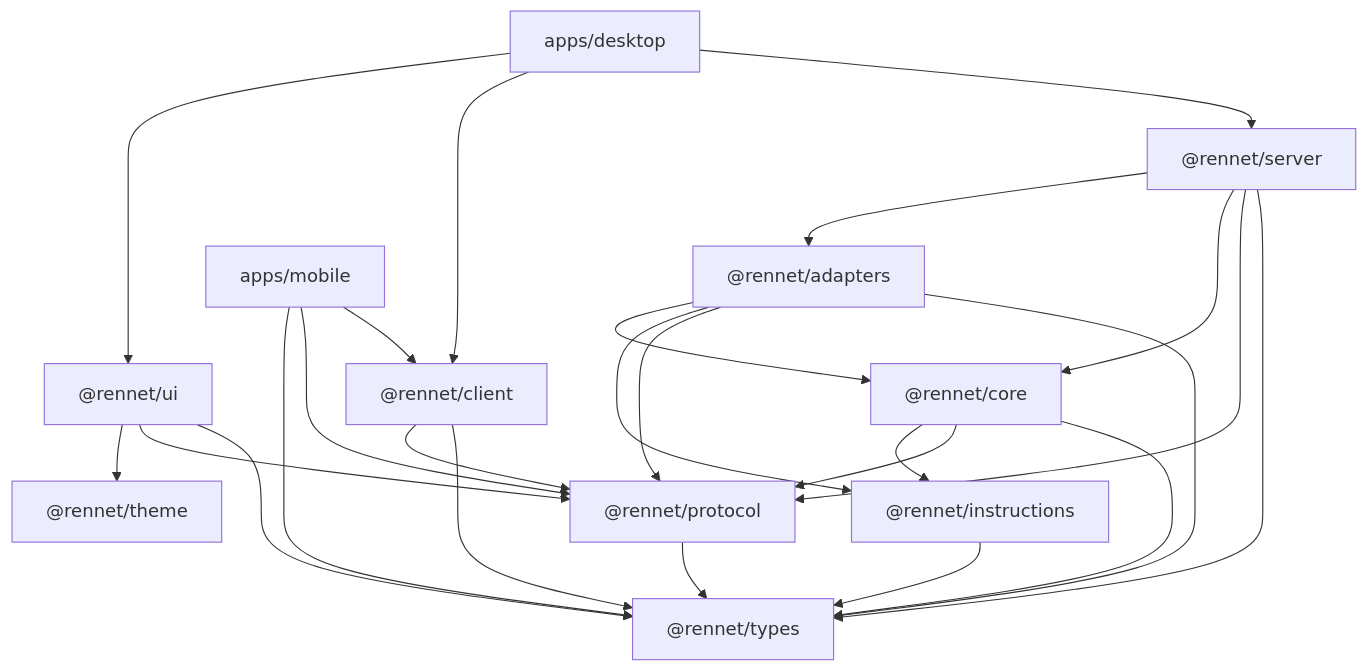
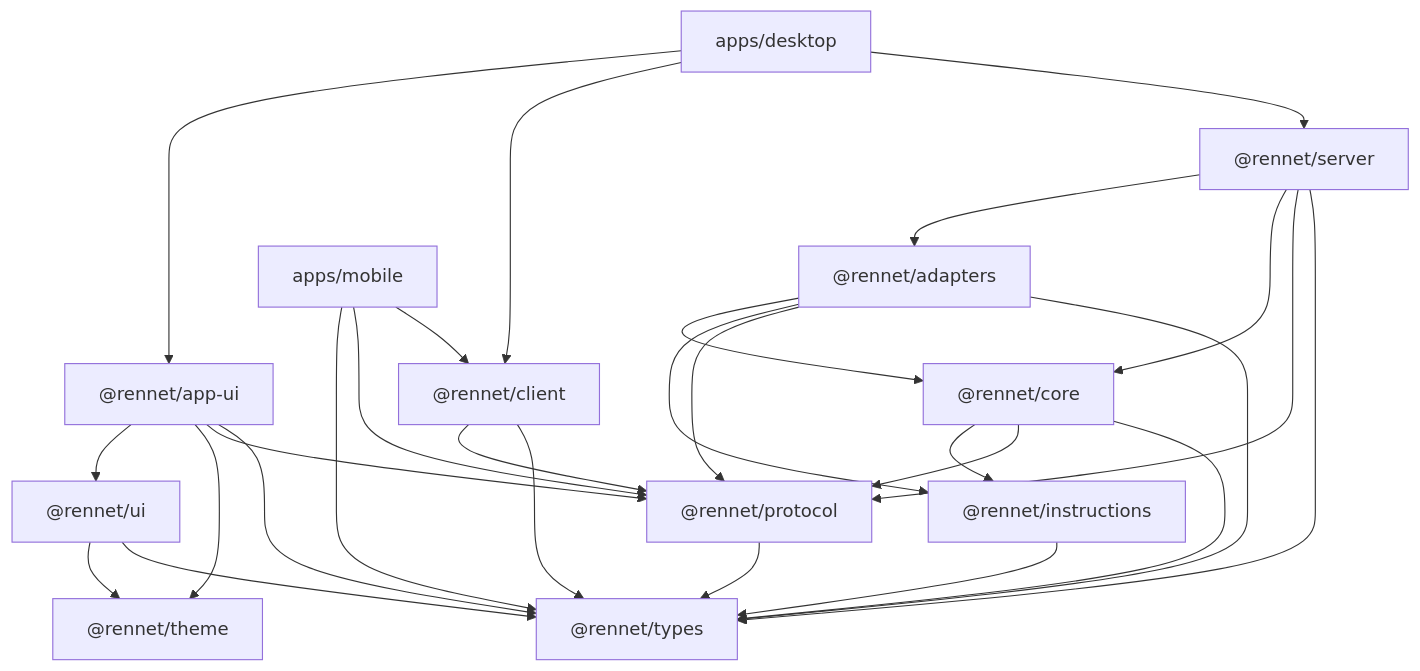
One commit to rbutera/Rennet changed the diagram in docs/developing/guides/repository-bootstrap.md. Above: the diagram before and after it, drawn with Mermaid. The commit also changed other lines of this file and 28 other files, not shown here.

````diff
--- a/docs/developing/guides/repository-bootstrap.md
+++ b/docs/developing/guides/repository-bootstrap.md
@@ -47,39 +47,43 @@
 ```mermaid
 flowchart TD
   types["@rennet/types"]
   theme["@rennet/theme"]
   protocol["@rennet/protocol"]
   instructions["@rennet/instructions"]
   core["@rennet/core"]
   adapters["@rennet/adapters"]
   server["@rennet/server"]
   client["@rennet/client"]
   ui["@rennet/ui"]
+  appui["@rennet/app-ui"]
   desktop["apps/desktop"]
   mobile["apps/mobile"]
 
   protocol --> types
   instructions --> types
   core --> types
   core --> protocol
   core --> instructions
   adapters --> types
   adapters --> protocol
   adapters --> instructions
   adapters --> core
   server --> types
   server --> protocol
   server --> core
   server --> adapters
   client --> types
   client --> protocol
   ui --> types
-  ui --> protocol
   ui --> theme
+  appui --> types
+  appui --> protocol
+  appui --> theme
+  appui --> ui
   desktop --> server
   desktop --> client
-  desktop --> ui
+  desktop --> appui
   mobile --> client
   mobile --> protocol
   mobile --> types
 ```
````
